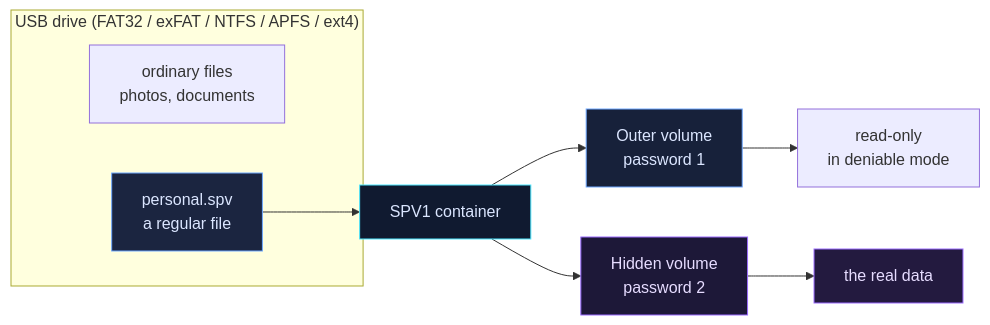
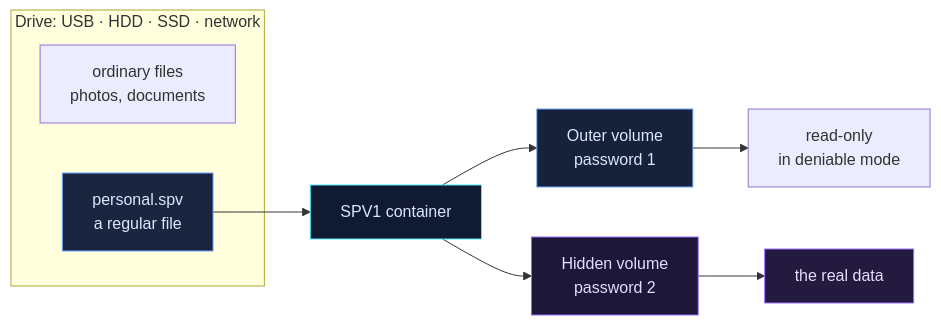
One commit to AmazingCoderA/secretpiece changed the diagram in README.en.md. Above: the diagram before and after it, drawn with Mermaid. The commit also changed other lines of this file and 21 other files, not shown here.

````diff
--- a/README.en.md
+++ b/README.en.md
@@ -43,17 +62,17 @@
 ```mermaid
 flowchart LR
-    subgraph USB["USB drive (FAT32 / exFAT / NTFS / APFS / ext4)"]
+    subgraph DISK["Drive: USB · HDD · SSD · network"]
         A["ordinary files<br/>photos, documents"]
         B["personal.spv<br/>a regular file"]
     end
     B --> C["SPV1 container"]
     C --> D["Outer volume<br/>password 1"]
     C --> E["Hidden volume<br/>password 2"]
     D --> F["read-only<br/>in deniable mode"]
     E --> G["the real data"]
     style B fill:#1b2540,stroke:#6ea8ff,color:#dbe6ff
     style C fill:#101a30,stroke:#4de8ff,color:#dbe6ff
     style D fill:#17213a,stroke:#6ea8ff,color:#dbe6ff
     style E fill:#1d1838,stroke:#9b6bff,color:#e6dcff
     style G fill:#231a3f,stroke:#9b6bff,color:#e6dcff
 ```
````
